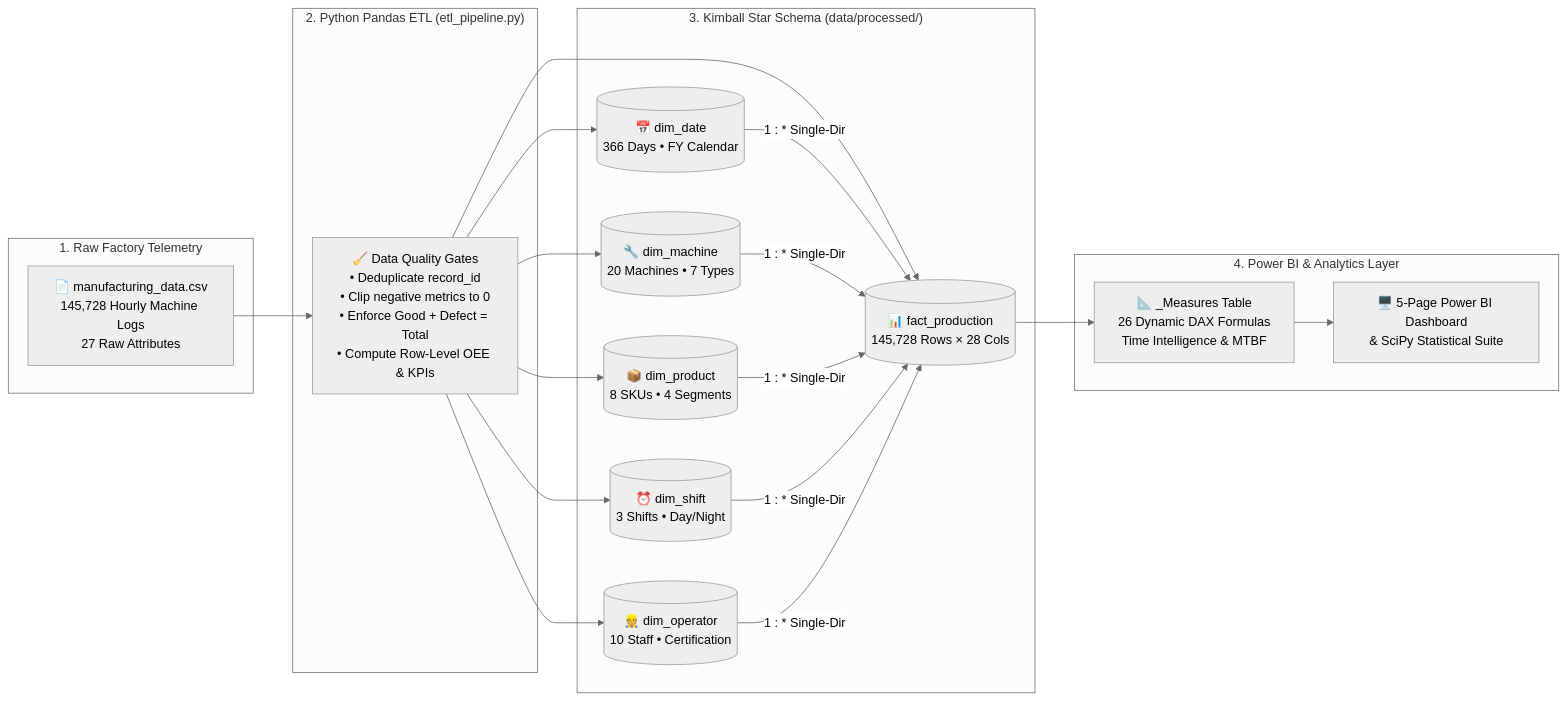
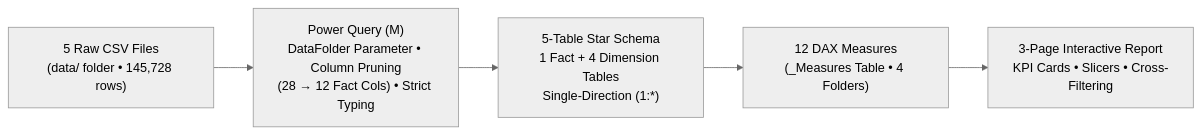
The diagram in README.md (Kabirroy12345/Power_BI_Project), drawn with Mermaid (neutral theme) before and after one commit. The commit also changed other lines of this file and 96 other files, not shown here.

Commit message:
feat: update repo to OEE_Dashboard_Simple.pbip (3 pages, 5-table Star Schema, 12 DAX measures) with updated screenshots and README

````diff
--- a/README.md
+++ b/README.md
@@ -47,30 +39,7 @@
 ```mermaid
 flowchart LR
-    subgraph S1["1. Raw Factory Telemetry"]
-        A["📄 manufacturing_data.csv<br/>145,728 Hourly Machine Logs<br/>27 Raw Attributes"]
-    end
-
-    subgraph S2["2. Python Pandas ETL (etl_pipeline.py)"]
-        B["🧹 Data Quality Gates<br/>• Deduplicate record_id<br/>• Clip negative metrics to 0<br/>• Enforce Good + Defect = Total<br/>• Compute Row-Level OEE & KPIs"]
-    end
-
-    subgraph S3["3. Kimball Star Schema (data/processed/)"]
-        F[("📊 fact_production<br/>145,728 Rows × 28 Cols")]
-        D1[("📅 dim_date<br/>366 Days • FY Calendar")]
-        D2[("🔧 dim_machine<br/>20 Machines • 7 Types")]
-        D3[("📦 dim_product<br/>8 SKUs • 4 Segments")]
-        D4[("⏰ dim_shift<br/>3 Shifts • Day/Night")]
-        D5[("👷 dim_operator<br/>10 Staff • Certification")]
-    end
-
-    subgraph S4["4. Power BI & Analytics Layer"]
-        M["📐 _Measures Table<br/>26 Dynamic DAX Formulas<br/>Time Intelligence & MTBF"]
-        V["🖥️ 5-Page Power BI Dashboard<br/>& SciPy Statistical Suite"]
-    end
-
-    A --> B
-    B --> F
-    B --> D1 & D2 & D3 & D4 & D5
-    D1 & D2 & D3 & D4 & D5 -->|1 : * Single-Dir| F
-    F --> M --> V
+    A["5 Raw CSV Files<br/>(data/ folder • 145,728 rows)"] --> B["Power Query (M)<br/>DataFolder Parameter • Column Pruning<br/>(28 → 12 Fact Cols) • Strict Typing"]
+    B --> C["5-Table Star Schema<br/>1 Fact + 4 Dimension Tables<br/>Single-Direction (1:*)"]
+    C --> D["12 DAX Measures<br/>(_Measures Table • 4 Folders)"]
+    D --> E["3-Page Interactive Report<br/>KPI Cards • Slicers • Cross-Filtering"]
 ```
````
